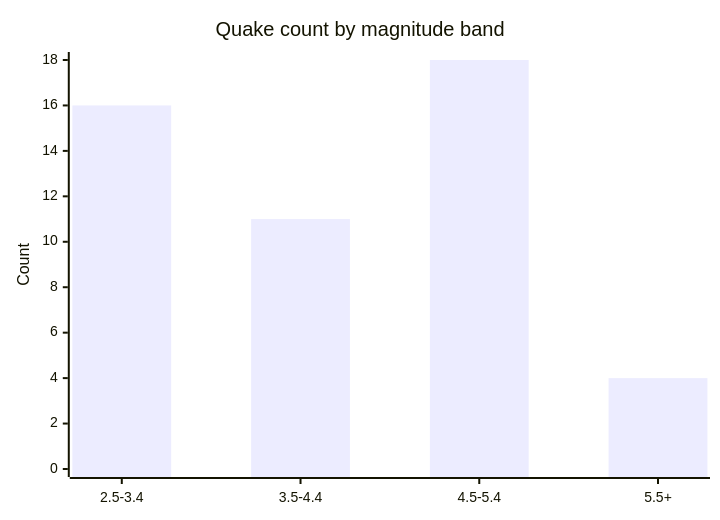
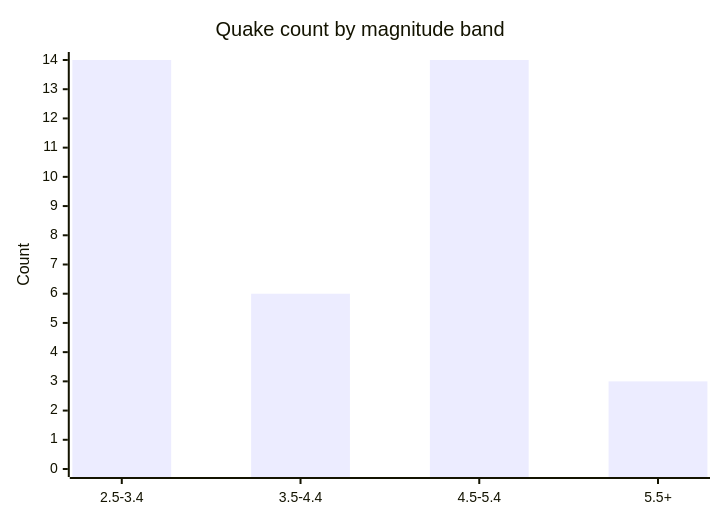
One commit to Midwest-Stratospheric/aerostratospheric-defense-gir changed the fifth of 6 diagrams in docs/GRAPHS.md. Above: the diagram before and after it, drawn with Mermaid. The commit also changed other lines of this file and 25 other files, not shown here.

````diff
--- a/docs/GRAPHS.md
+++ b/docs/GRAPHS.md
@@ -82,7 +82,7 @@
 ```mermaid
 xychart-beta
   title "Quake count by magnitude band"
   x-axis ["2.5-3.4", "3.5-4.4", "4.5-5.4", "5.5+"]
-  y-axis "Count" 0 --> 18
-  bar [16, 11, 18, 4]
+  y-axis "Count" 0 --> 14
+  bar [14, 6, 14, 3]
 ```
````
